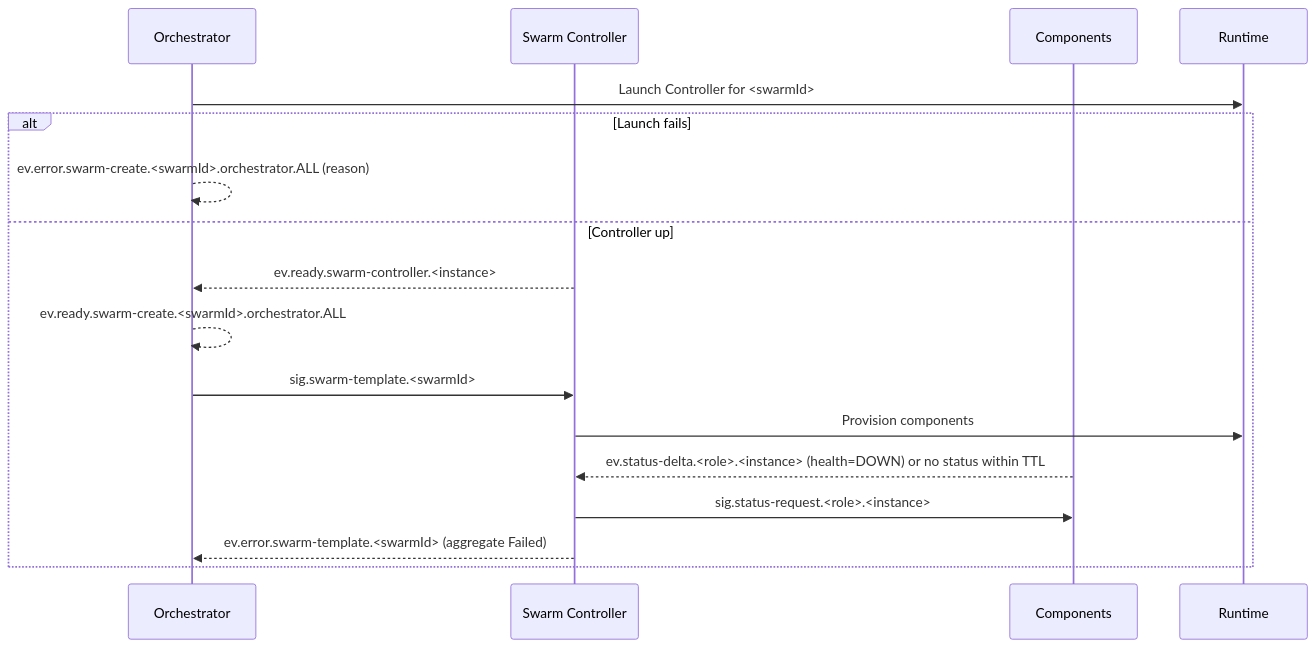
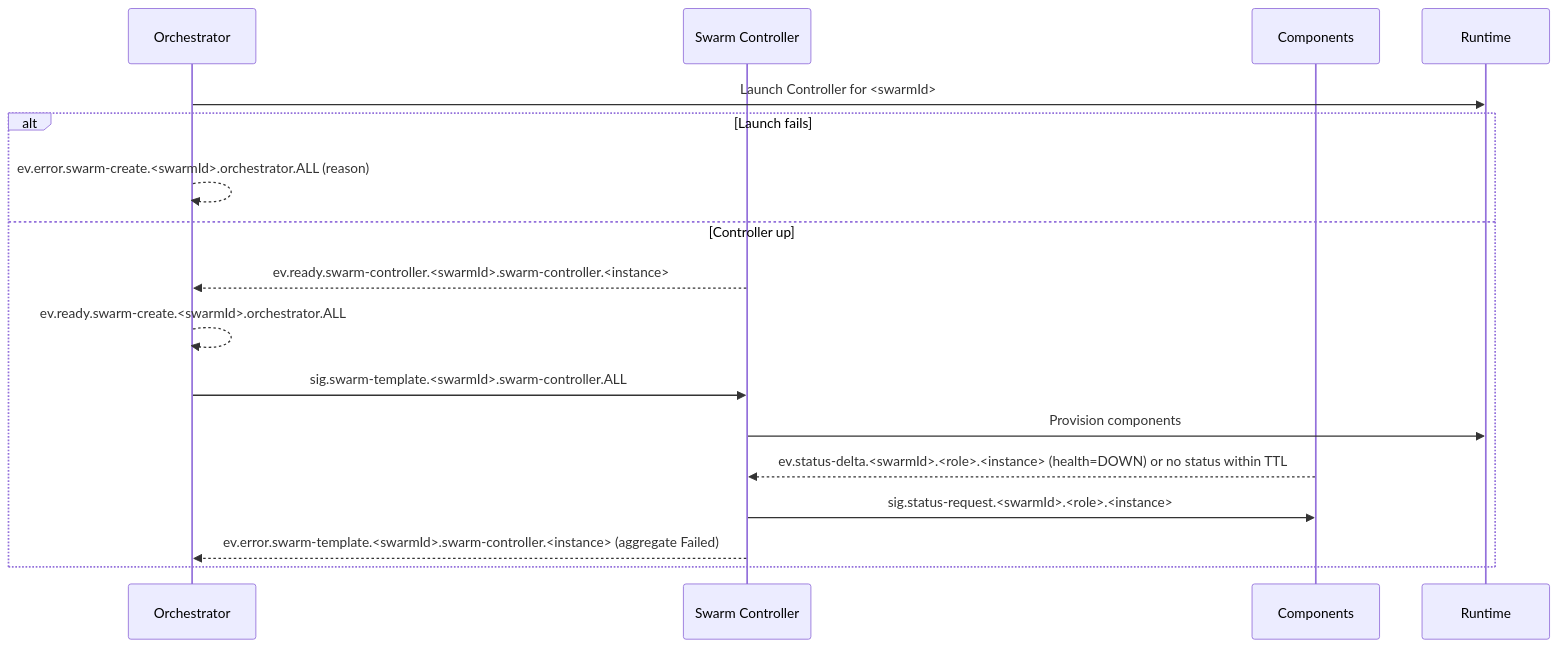
One commit to sepa79/PocketHive changed the eighth of 8 diagrams in docs/ARCHITECTURE.md. Above: the diagram before and after it, drawn with Mermaid. The commit also changed other lines of this file and 29 other files, not shown here.

````diff
--- a/docs/ARCHITECTURE.md
+++ b/docs/ARCHITECTURE.md
@@ -253,20 +260,20 @@
 ```mermaid
 sequenceDiagram
   participant QN as Orchestrator
   participant MSH as Swarm Controller
   participant CMP as Components
   participant RT as Runtime
 
   QN->>RT: Launch Controller for <swarmId>
   alt Launch fails
     QN-->>QN: ev.error.swarm-create.<swarmId>.orchestrator.ALL (reason)
   else Controller up
-    MSH-->>QN: ev.ready.swarm-controller.<instance>
+    MSH-->>QN: ev.ready.swarm-controller.<swarmId>.swarm-controller.<instance>
     QN-->>QN: ev.ready.swarm-create.<swarmId>.orchestrator.ALL
-    QN->>MSH: sig.swarm-template.<swarmId>
+    QN->>MSH: sig.swarm-template.<swarmId>.swarm-controller.ALL
     MSH->>RT: Provision components
-    CMP-->>MSH: ev.status-delta.<role>.<instance> (health=DOWN) or no status within TTL
-    MSH->>CMP: sig.status-request.<role>.<instance>
-    MSH-->>QN: ev.error.swarm-template.<swarmId> (aggregate Failed)
+    CMP-->>MSH: ev.status-delta.<swarmId>.<role>.<instance> (health=DOWN) or no status within TTL
+    MSH->>CMP: sig.status-request.<swarmId>.<role>.<instance>
+    MSH-->>QN: ev.error.swarm-template.<swarmId>.swarm-controller.<instance> (aggregate Failed)
   end
 ```
````
